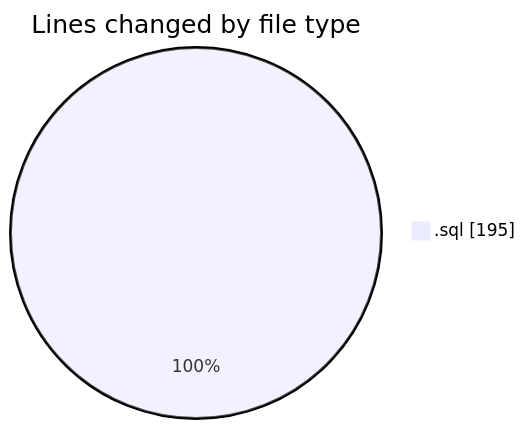
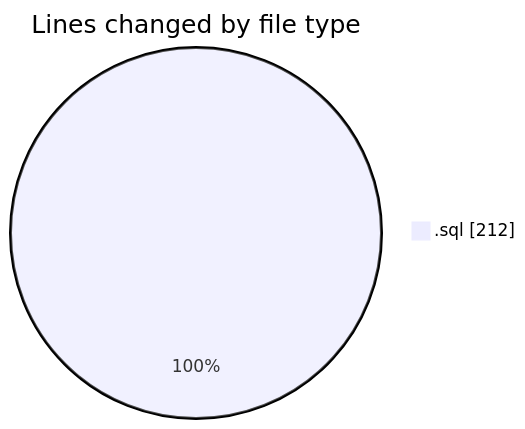
One commit to ricardozamudiocil/code-tracking changed the first of 2 diagrams in 2026-11-26/cilwebcustomercomunication/README.md. Above: the diagram before and after it, drawn with Mermaid. The commit also changed other lines of this file and 1 other file, not shown here.

````diff
--- a/2026-11-26/cilwebcustomercomunication/README.md
+++ b/2026-11-26/cilwebcustomercomunication/README.md
@@ -20,5 +20,5 @@
 ```mermaid
 pie showData
 title Lines changed by file type
-".sql" : 195
+".sql" : 212
 ```
````
